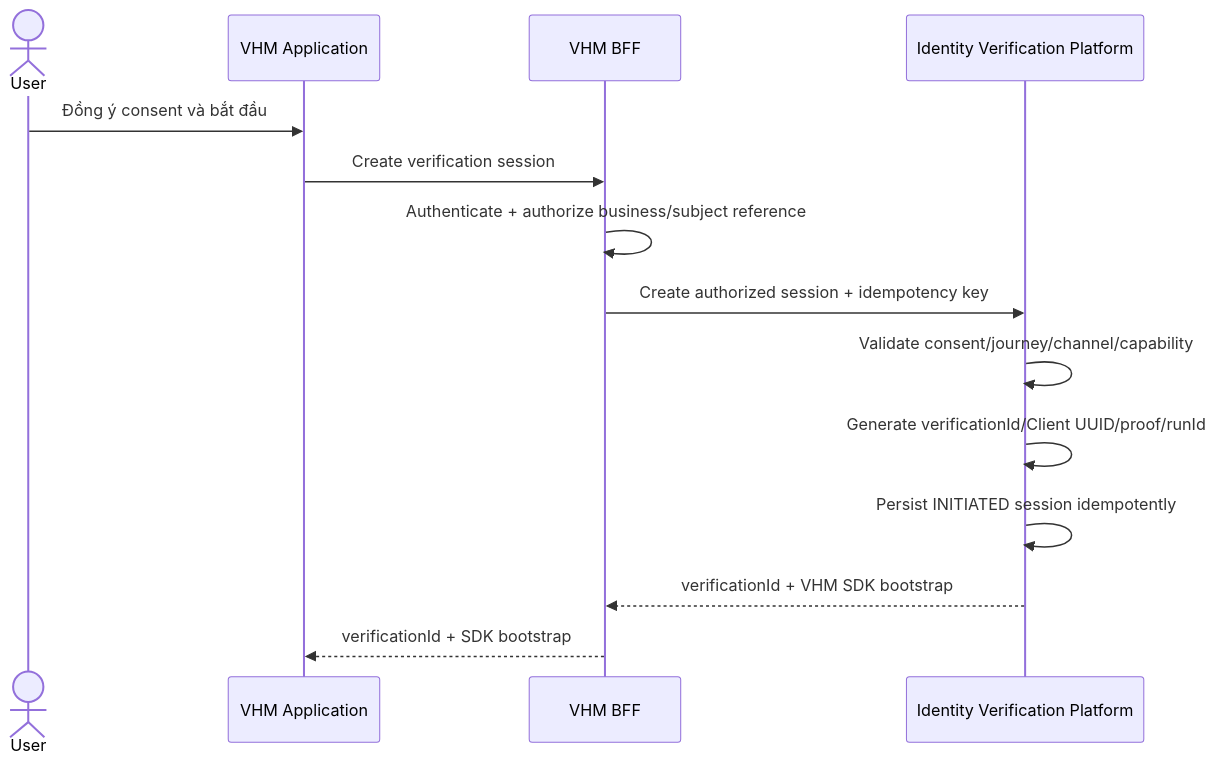
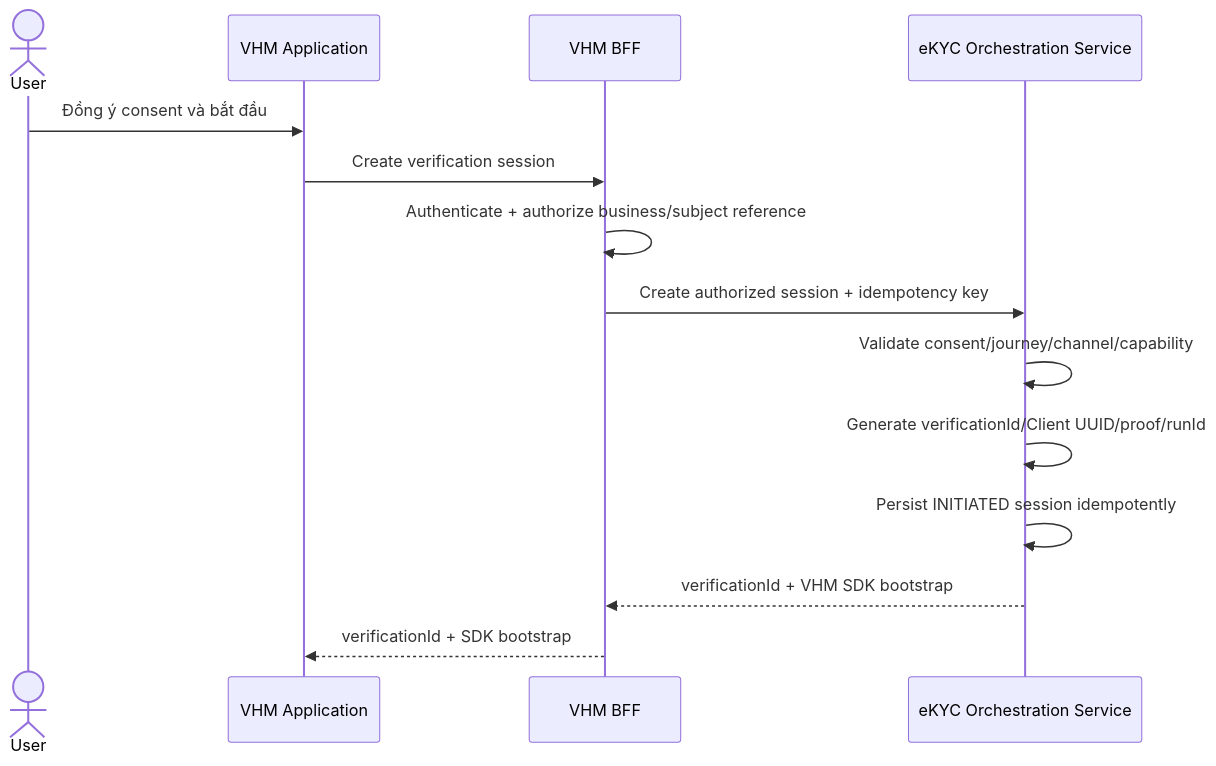
Before and after one commit to huynv-xyz/vhm: the ninth of 16 diagrams in README.md, drawn with Mermaid. The commit also changed other lines of this file, not shown here.

````diff
--- a/README.md
+++ b/README.md
@@ -1051,16 +1054,16 @@
 ```mermaid
 sequenceDiagram
     actor User
     participant APP as VHM Application
     participant BFF as VHM BFF
-    participant IV as Identity Verification Platform
+    participant Orchestrator as eKYC Orchestration Service
     User->>APP: Đồng ý consent và bắt đầu
     APP->>BFF: Create verification session
     BFF->>BFF: Authenticate + authorize business/subject reference
-    BFF->>IV: Create authorized session + idempotency key
-    IV->>IV: Validate consent/journey/channel/capability
-    IV->>IV: Generate verificationId/Client UUID/proof/runId
-    IV->>IV: Persist INITIATED session idempotently
-    IV-->>BFF: verificationId + VHM SDK bootstrap
+    BFF->>Orchestrator: Create authorized session + idempotency key
+    Orchestrator->>Orchestrator: Validate consent/journey/channel/capability
+    Orchestrator->>Orchestrator: Generate verificationId/Client UUID/proof/runId
+    Orchestrator->>Orchestrator: Persist INITIATED session idempotently
+    Orchestrator-->>BFF: verificationId + VHM SDK bootstrap
     BFF-->>APP: verificationId + SDK bootstrap
 ```
````
